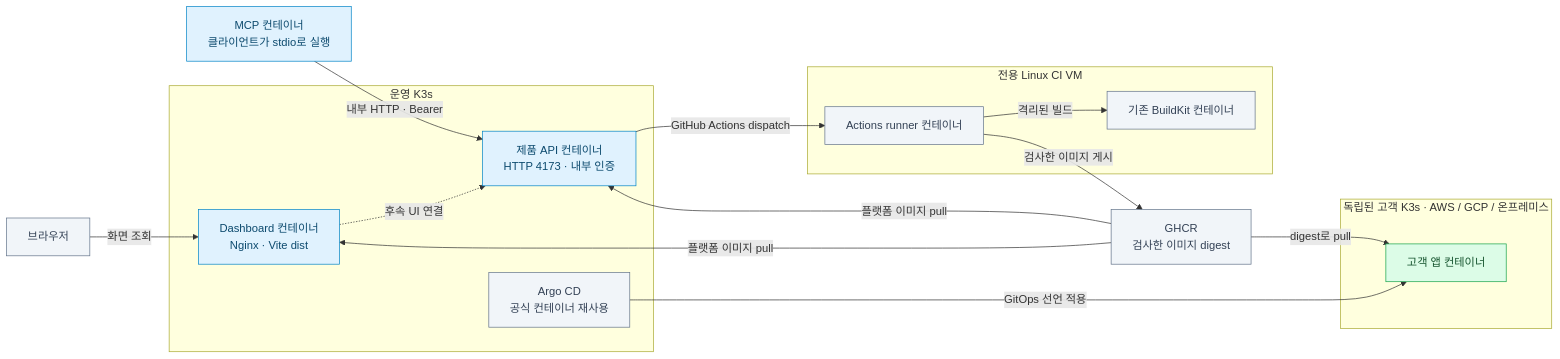
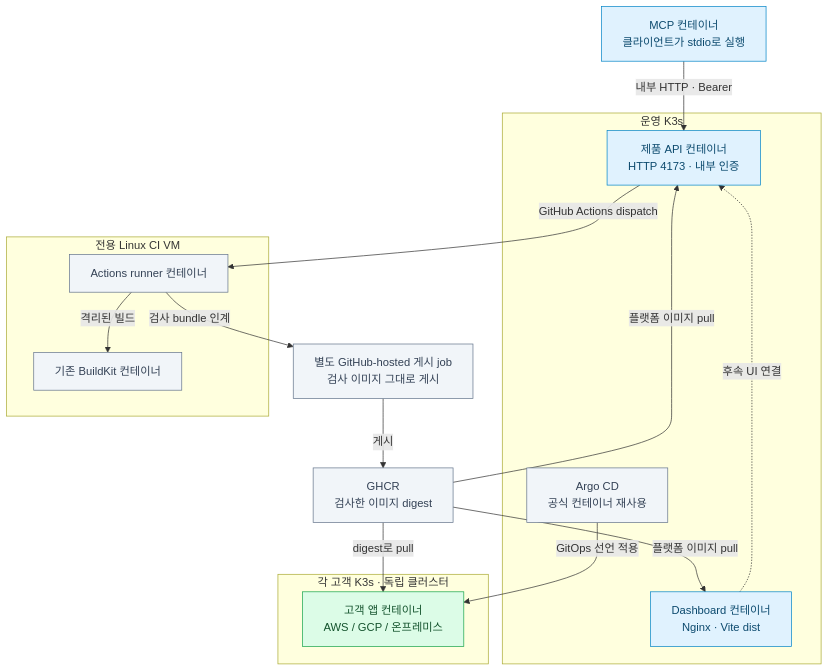
The diagram in docs/architecture/container-deployment.md (Jasmin-Softbank/Railshot), drawn with Mermaid before and after one commit. The commit also changed other lines of this file and 2 other files, not shown here.

Commit message:
Validate Argo manifests against pinned native CRDs

````diff
--- a/docs/architecture/container-deployment.md
+++ b/docs/architecture/container-deployment.md
@@ -7,34 +7,34 @@
 ```mermaid
-flowchart LR
-  B["브라우저"]
+flowchart TB
   M["MCP 컨테이너<br/>클라이언트가 stdio로 실행"]
   subgraph OPS["운영 K3s"]
     D["Dashboard 컨테이너<br/>Nginx · Vite dist"]
     A["제품 API 컨테이너<br/>HTTP 4173 · 내부 인증"]
     C["Argo CD<br/>공식 컨테이너 재사용"]
   end
   subgraph CI["전용 Linux CI VM"]
     R["Actions runner 컨테이너"]
     K["기존 BuildKit 컨테이너"]
   end
+  P["별도 GitHub-hosted 게시 job<br/>검사 이미지 그대로 게시"]
   G["GHCR<br/>검사한 이미지 digest"]
-  subgraph TARGET["독립된 고객 K3s · AWS / GCP / 온프레미스"]
-    U["고객 앱 컨테이너"]
+  subgraph TARGET["각 고객 K3s · 독립 클러스터"]
+    U["고객 앱 컨테이너<br/>AWS / GCP / 온프레미스"]
   end
-  B -->|"화면 조회"| D
   D -. "후속 UI 연결" .-> A
   M -->|"내부 HTTP · Bearer"| A
   A -->|"GitHub Actions dispatch"| R
   R -->|"격리된 빌드"| K
-  R -->|"검사한 이미지 게시"| G
+  R -->|"검사 bundle 인계"| P
+  P -->|"게시"| G
   C -->|"GitOps 선언 적용"| U
   G -->|"digest로 pull"| U
   G -->|"플랫폼 이미지 pull"| D
   G -->|"플랫폼 이미지 pull"| A
   classDef app fill:#e0f2fe,stroke:#0284c7,color:#0c4a6e
   classDef control fill:#f1f5f9,stroke:#64748b,color:#334155
   classDef runtime fill:#dcfce7,stroke:#16a34a,color:#14532d
   class D,A,M app
-  class B,C,R,K,G control
+  class C,R,K,P,G control
   class U runtime
 ```
````
